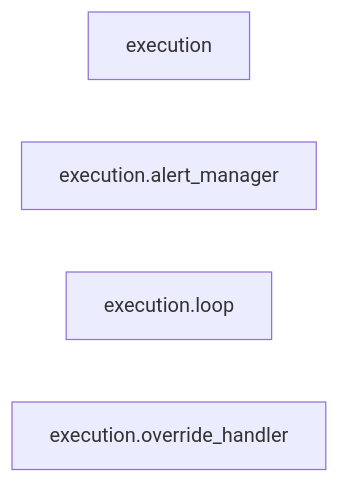
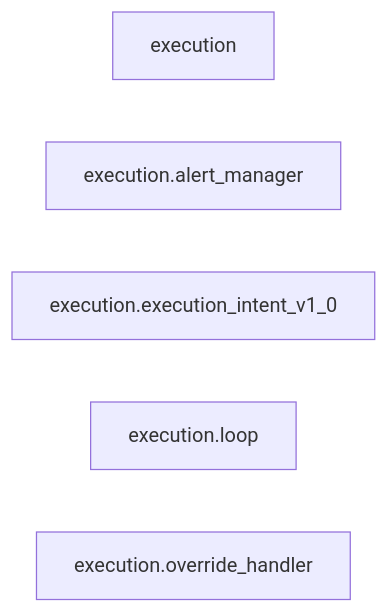
One commit to Chaithu1995-0312/TradeHlt changed diagram 12 of 38 in docs/architecture/code-map.generated.md. Above: the diagram before and after it, drawn with Mermaid. The commit also changed other lines of this file and 159 other files, not shown here.

````diff
--- a/docs/architecture/code-map.generated.md
+++ b/docs/architecture/code-map.generated.md
@@ -623,7 +781,8 @@
 ```mermaid
 flowchart LR
     execution["execution"]
     execution_alert_manager["execution.alert_manager"]
+    execution_execution_intent_v1_0["execution.execution_intent_v1_0"]
     execution_loop["execution.loop"]
     execution_override_handler["execution.override_handler"]
 ```
````
